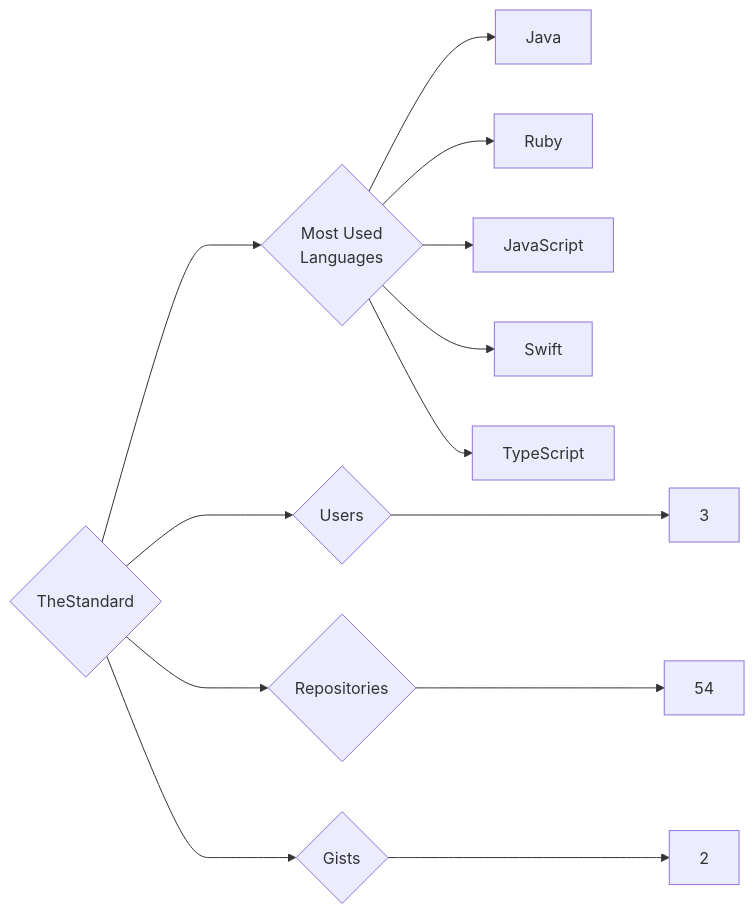
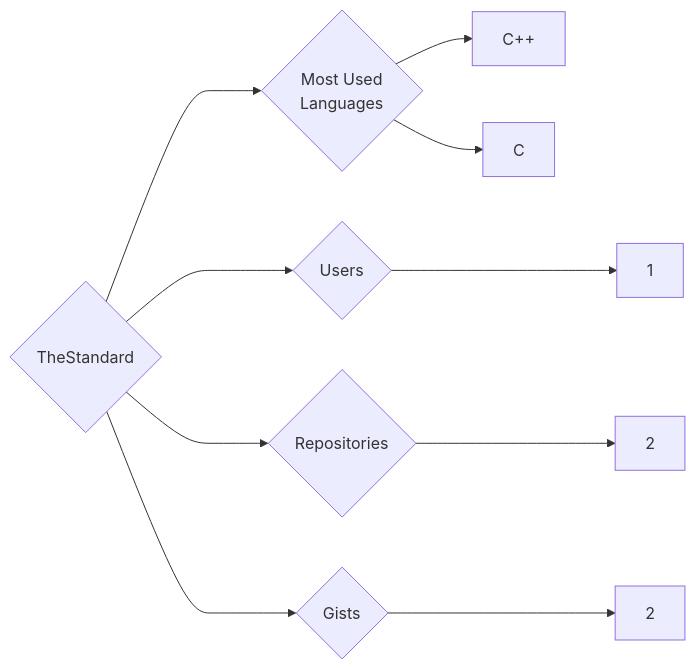
The diagram in targets/TheStandard/README.md (trickest/insiders), drawn with Mermaid before and after one commit. The commit also changed 835 other files, not shown here.

````diff
--- a/targets/TheStandard/README.md
+++ b/targets/TheStandard/README.md
@@ -3,13 +3,10 @@
 ```mermaid
 graph LR
 COMPANY_NAME{TheStandard}
-COMPANY_NAME ---> U{Users} ---> UN[3]
-COMPANY_NAME ---> R{Repositories} ---> RN[54]
+COMPANY_NAME ---> U{Users} ---> UN[1]
+COMPANY_NAME ---> R{Repositories} ---> RN[2]
 COMPANY_NAME ---> G{Gists} ---> GN[2]
 COMPANY_NAME ---> ML{Most Used<br>Languages}
-ML --> Java[Java]
-ML --> Ruby[Ruby]
-ML --> JavaScript[JavaScript]
-ML --> Swift[Swift]
-ML --> TypeScript[TypeScript]
+ML --> C++[C++]
+ML --> C[C]
 ```
````
